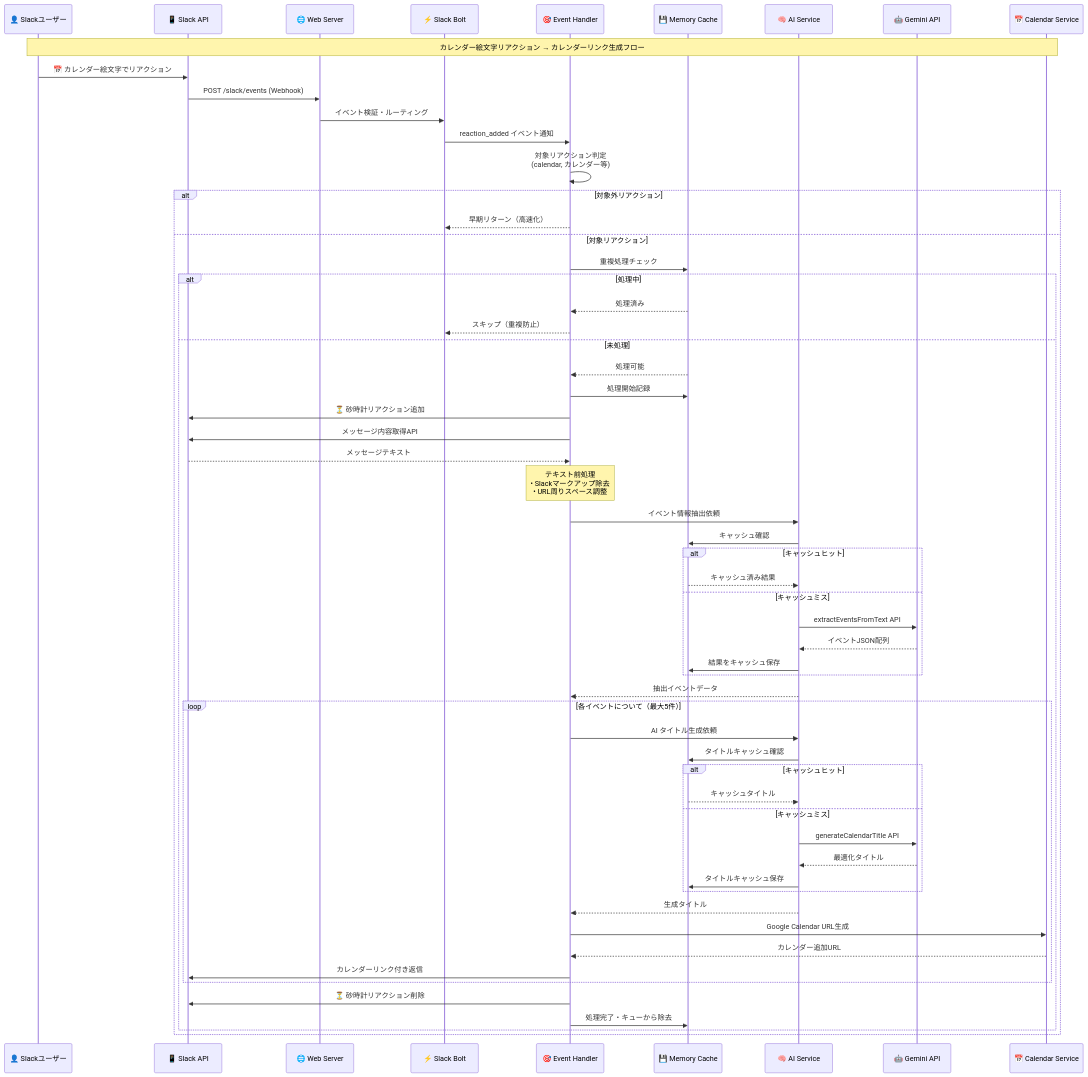
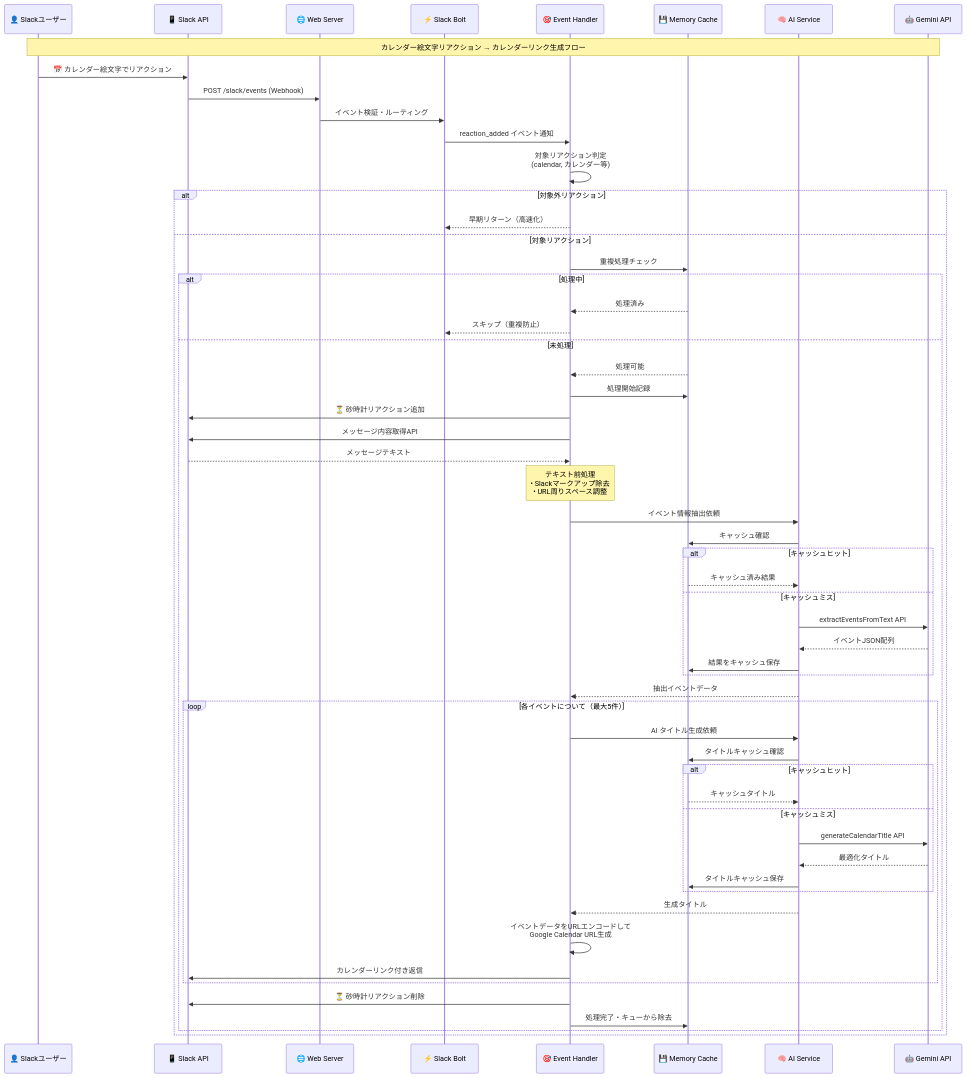
One commit to matsuvr/calendar-slack-bot changed the fourth of 15 diagrams in system_architecture.md. Above: the diagram before and after it, drawn with Mermaid. The commit also changed other lines of this file and 1 other file, not shown here.

````diff
--- a/system_architecture.md
+++ b/system_architecture.md
@@ -112,71 +111,69 @@
 ```mermaid
 sequenceDiagram
     participant U as 👤 Slackユーザー
     participant S as 📱 Slack API
     participant WS as 🌐 Web Server
     participant SB as ⚡ Slack Bolt
     participant EH as 🎯 Event Handler
     participant MC as 💾 Memory Cache
     participant AI as 🧠 AI Service
     participant GA as 🤖 Gemini API
-    participant CS as 📅 Calendar Service
 
-    Note over U,CS: カレンダー絵文字リアクション → カレンダーリンク生成フロー
+    Note over U,GA: カレンダー絵文字リアクション → カレンダーリンク生成フロー
 
     U->>S: 📅 カレンダー絵文字でリアクション
     S->>WS: POST /slack/events (Webhook)
     WS->>SB: イベント検証・ルーティング
     SB->>EH: reaction_added イベント通知
     
     EH->>EH: 対象リアクション判定<br/>(calendar, カレンダー等)
     alt 対象外リアクション
         EH-->>SB: 早期リターン（高速化）
     else 対象リアクション
         EH->>MC: 重複処理チェック
         alt 処理中
             MC-->>EH: 処理済み
             EH-->>SB: スキップ（重複防止）
         else 未処理
             MC-->>EH: 処理可能
             EH->>MC: 処理開始記録
             EH->>S: ⏳ 砂時計リアクション追加
             
             EH->>S: メッセージ内容取得API
             S-->>EH: メッセージテキスト
             
             Note over EH: テキスト前処理<br/>• Slackマークアップ除去<br/>• URL周りスペース調整
             
             EH->>AI: イベント情報抽出依頼
             AI->>MC: キャッシュ確認
             alt キャッシュヒット
                 MC-->>AI: キャッシュ済み結果
             else キャッシュミス
                 AI->>GA: extractEventsFromText API
                 GA-->>AI: イベントJSON配列
                 AI->>MC: 結果をキャッシュ保存
             end
             AI-->>EH: 抽出イベントデータ
             
             loop 各イベントについて（最大5件）
                 EH->>AI: AI タイトル生成依頼
                 AI->>MC: タイトルキャッシュ確認
                 alt キャッシュヒット
                     MC-->>AI: キャッシュタイトル
                 else キャッシュミス
                     AI->>GA: generateCalendarTitle API
                     GA-->>AI: 最適化タイトル
                     AI->>MC: タイトルキャッシュ保存
                 end
                 AI-->>EH: 生成タイトル
                 
-                EH->>CS: Google Calendar URL生成
-                CS-->>EH: カレンダー追加URL
+                EH->>EH: イベントデータをURLエンコードして<br/>Google Calendar URL生成
                 
                 EH->>S: カレンダーリンク付き返信
             end
             
             EH->>S: ⏳ 砂時計リアクション削除
             EH->>MC: 処理完了・キューから除去
         end
     end
 ```
````
